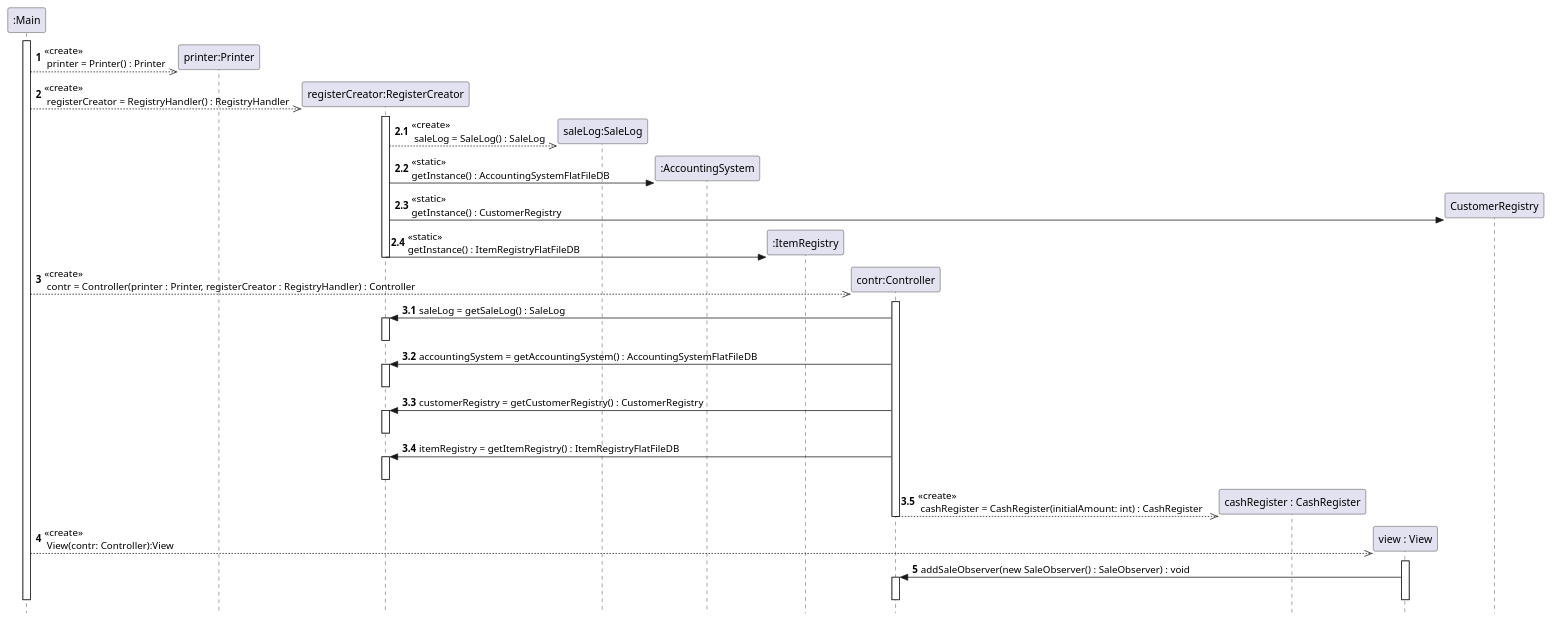
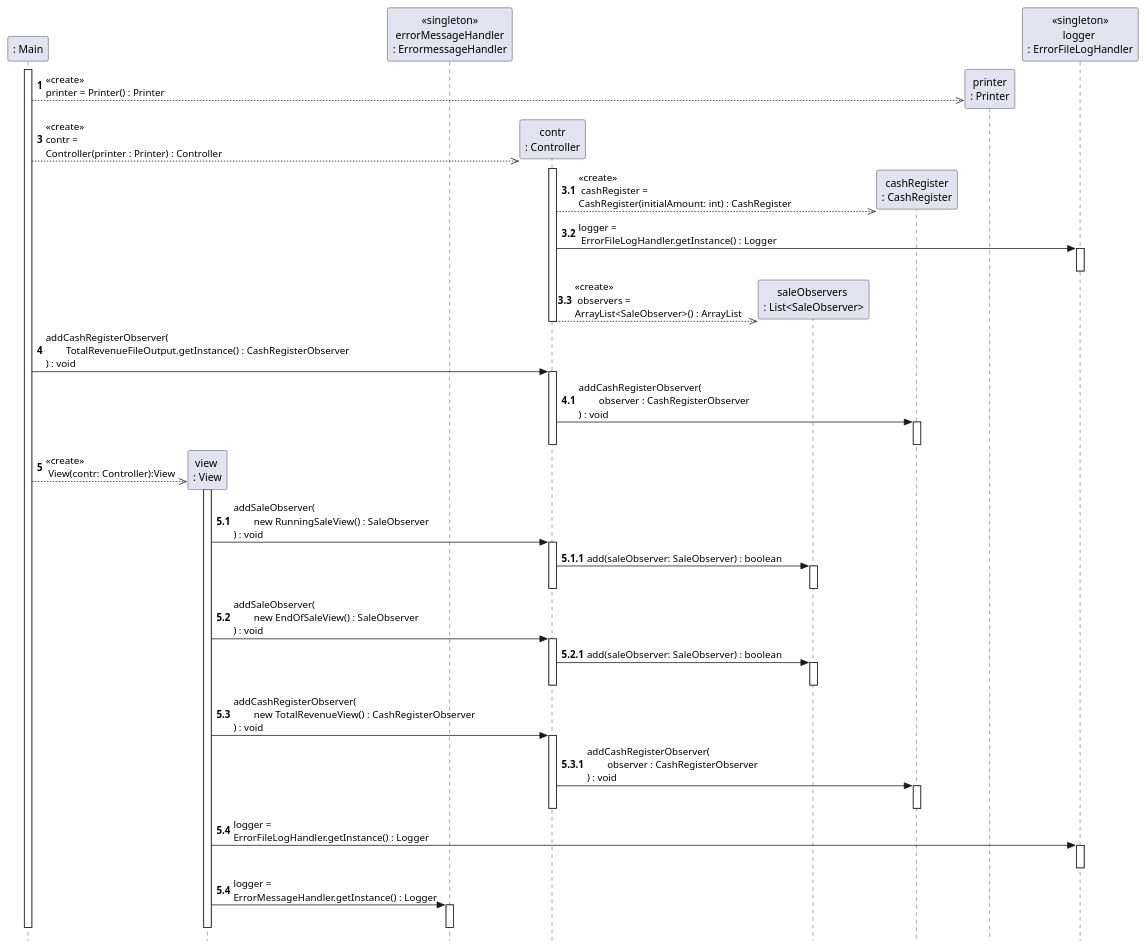
One commit to VincentFerrigan/kth-iv1350-object-oriented-design changed the fifth of 15 diagrams in uml/uml_v3.puml. Above: the diagram before and after it, drawn with PlantUML. The commit also changed other lines of this file and 35 other files, not shown here.

First line of the commit message:
UML and GoF (#43)

```diff
--- a/uml/uml_v3.puml
+++ b/uml/uml_v3.puml
@@ -533,93 +567,97 @@
 @startuml
 skinparam style strictuml
-participant ":Main" as Main
-participant "printer:Printer" as printer
-participant "registerCreator:RegisterCreator" as registerCreator
-participant "saleLog:SaleLog" as saleLog
-participant ":AccountingSystem" as AccountingSystemFlatFileDB
+hide unlinked
+participant ": Main" as Main
 
-participant ":ItemRegistry" as ItemRegistryFlatFileDB
-participant "contr:Controller" as contr
-participant "cashRegister : CashRegister" as cashRegister
-participant "view : View" as view
+participant "<<singleton>>\n: RegisterCreator" as registerCreator
+participant "saleLog\n: SaleLog" as saleLog
+participant "<<interface>>\n: AccountingSystem" as AccountingSystemFlatFileDB
+participant "<<interface>>\n: CustomerRegistry" as CustomerRegistry
+participant "<<interface>>\n: ItemRegistry" as ItemRegistryFlatFileDB
+
+participant "view \n: View" as view
+participant "<<singleton>>\nerrorMessageHandler\n: ErrormessageHandler" as errorMessageHandler
+participant "contr\n: Controller" as contr
+participant "saleObservers \n: List<SaleObserver>" as saleObservers
+participant "cashRegister\n: CashRegister" as cashRegister
+participant "printer\n: Printer" as printer
+participant "<<singleton>>\nlogger \n: ErrorFileLogHandler" as logger
 ' user -> Main: main()
 activate Main
 create printer
 autonumber 1
-Main -[dashed]->> printer : <<create>>\n printer = Printer() : Printer
-
-create registerCreator
-autonumber 2
-Main -[dashed]->> registerCreator : <<create>>\n registerCreator = RegistryHandler() : RegistryHandler
-activate registerCreator
-
-autonumber 2.1
-create saleLog
-registerCreator -[dashed]->> saleLog : <<create>>\n saleLog = SaleLog() : SaleLog
-
-create AccountingSystemFlatFileDB
-autonumber 2.2
-registerCreator -> AccountingSystemFlatFileDB : <<static>>\ngetInstance() : AccountingSystemFlatFileDB
-
-create CustomerRegistry
-autonumber 2.3
-registerCreator -> CustomerRegistry : <<static>>\ngetInstance() : CustomerRegistry
-'activate CustomerRegistryFlatFileDB
-'deactivate CustomerRegistryFlatFileDB
-
-create ItemRegistryFlatFileDB
-autonumber 2.4
-registerCreator -> ItemRegistryFlatFileDB: <<static>>\ngetInstance() : ItemRegistryFlatFileDB
-'activate ItemRegistry
-'deactivate ItemRegistry
-deactivate registerCreator
+Main -[dashed]->> printer : <<create>>\nprinter = Printer() : Printer
 
 autonumber 3
 create contr
-Main -[dashed]->> contr : <<create>>\n contr = Controller(printer : Printer, registerCreator : RegistryHandler) : Controller
+Main -[dashed]->> contr : <<create>>\ncontr =\nController(printer : Printer) : Controller
 activate contr
 
-autonumber 3.1
-contr -> registerCreator : saleLog = getSaleLog() : SaleLog
-activate registerCreator
-deactivate registerCreator
-
-autonumber 3.2
-contr -> registerCreator : accountingSystem = getAccountingSystem() : AccountingSystemFlatFileDB
-activate registerCreator
-deactivate registerCreator
-
-autonumber 3.3
-contr -> registerCreator : customerRegistry = getCustomerRegistry() : CustomerRegistry
-activate registerCreator
-deactivate registerCreator
-
-autonumber 3.4
-contr -> registerCreator : itemRegistry = getItemRegistry() : ItemRegistryFlatFileDB
-activate registerCreator
-deactivate registerCreator
 
 create cashRegister
-autonumber 3.5
-contr -[dashed]->> cashRegister : <<create>>\n cashRegister = CashRegister(initialAmount: int) : CashRegister
-'activate cashRegister
-'deactivate cashRegister
-'TODO ska jag lägga till att contr skapar en Lista för SaleObservers?
+autonumber 3.1
+contr -[dashed]->> cashRegister : <<create>>\n cashRegister = \nCashRegister(initialAmount: int) : CashRegister
+autonumber 3.2
+contr -> logger : logger =\n ErrorFileLogHandler.getInstance() : Logger
+activate logger
+deactivate logger
+create saleObservers
+autonumber 3.3
+contr -[dashed]->> saleObservers : <<create>>\n observers =\nArrayList<SaleObserver>() : ArrayList
+deactivate contr
+
+
+autonumber 4
+Main -> contr : addCashRegisterObserver(\n\tTotalRevenueFileOutput.getInstance() : CashRegisterObserver\n) : void
+activate contr
+autonumber 4.1
+contr -> cashRegister : addCashRegisterObserver(\n\tobserver : CashRegisterObserver\n) : void
+activate cashRegister
+deactivate cashRegister
+
 deactivate contr
 
 create view
-autonumber 4
+autonumber 5
 Main -[dashed]->> view : <<create>>\n View(contr: Controller):View
 activate view
 
-autonumber 5
-view -> contr : addSaleObserver(new SaleObserver() : SaleObserver) : void
+autonumber 5.1
+view -> contr : addSaleObserver(\n\tnew RunningSaleView() : SaleObserver\n) : void
 activate contr
+autonumber 5.1.1
+contr -> saleObservers : add(saleObserver: SaleObserver) : boolean
+activate saleObservers
+deactivate saleObservers
 deactivate contr
+autonumber 5.2
+view -> contr : addSaleObserver(\n\tnew EndOfSaleView() : SaleObserver\n) : void
+activate contr
+autonumber 5.2.1
+contr -> saleObservers : add(saleObserver: SaleObserver) : boolean
+activate saleObservers
+deactivate saleObservers
+deactivate contr
+autonumber 5.3
+view -> contr : addCashRegisterObserver(\n\tnew TotalRevenueView() : CashRegisterObserver\n) : void
+activate contr
+autonumber 5.3.1
+contr -> cashRegister : addCashRegisterObserver(\n\tobserver : CashRegisterObserver\n) : void
+activate cashRegister
+deactivate cashRegister
+deactivate contr
+autonumber 5.4
+view -> logger : logger =\nErrorFileLogHandler.getInstance() : Logger
+activate logger
+deactivate logger
+autonumber 5.4
+view -> errorMessageHandler : logger =\nErrorMessageHandler.getInstance() : Logger
+activate errorMessageHandler
+deactivate errorMessageHandler
 deactivate view
 deactivate Main
 'TODO ska jag lägga till att view skapar observers?
 'TODO ska jag lägga till att view anropar contr för alla RegisterObservers?
 'TODO ska jag lägga till att view anropar contr för alla SaleObservers?
 
 @enduml
```
